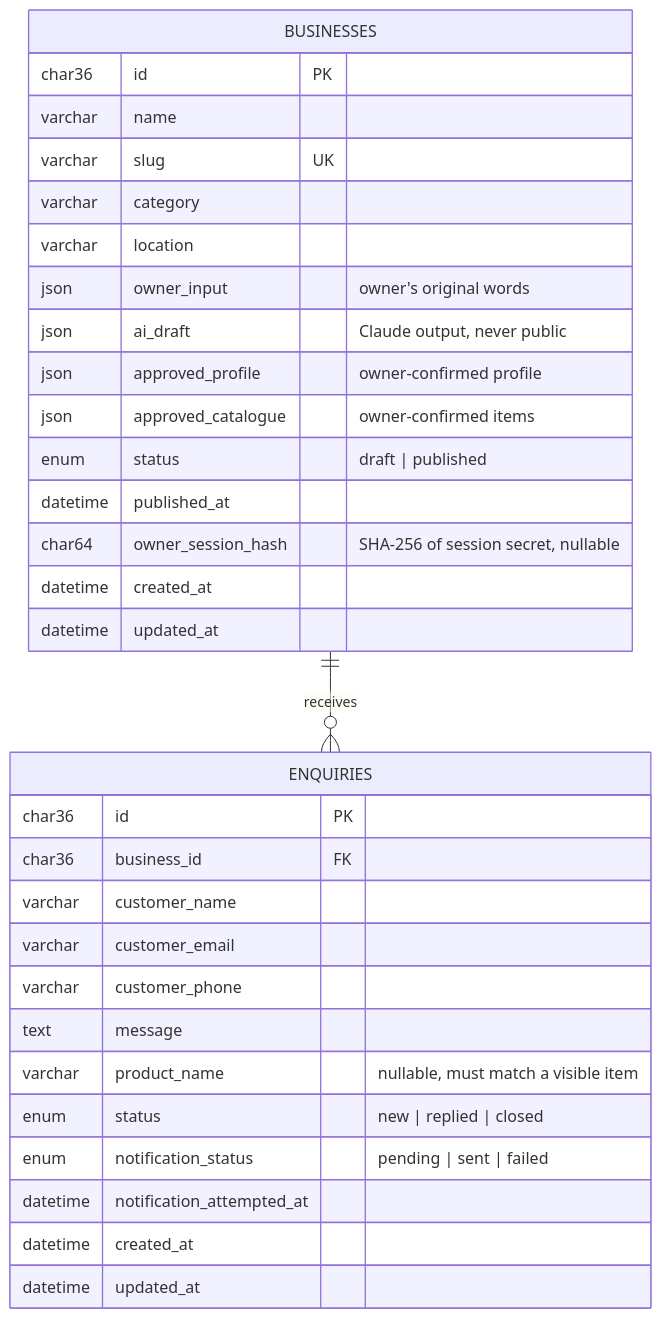
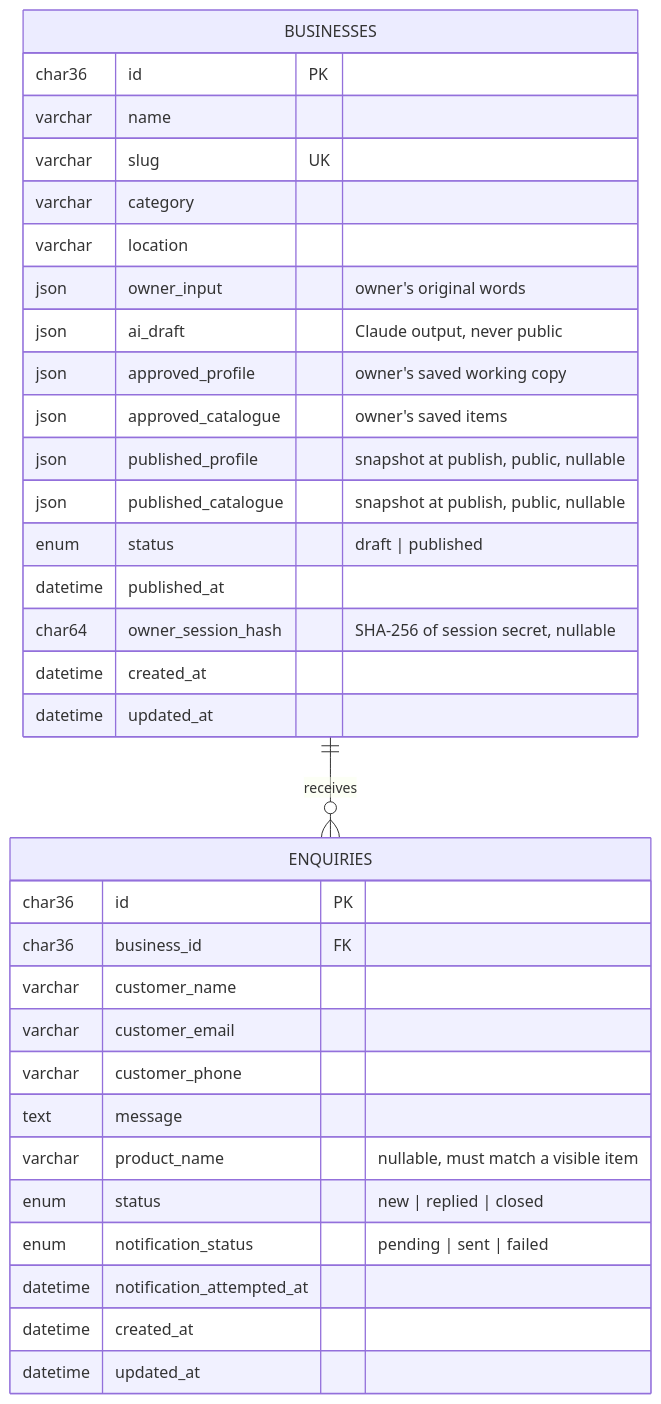
One commit to sakshi13-m/BizDwaar changed the fourth of 5 diagrams in docs/architecture.md. Above: the diagram before and after it, drawn with Mermaid. The commit also changed other lines of this file and 9 other files, not shown here.

````diff
--- a/docs/architecture.md
+++ b/docs/architecture.md
@@ -107,34 +113,36 @@
 ```mermaid
 erDiagram
   BUSINESSES ||--o{ ENQUIRIES : receives
   BUSINESSES {
     char36 id PK
     varchar name
     varchar slug UK
     varchar category
     varchar location
     json owner_input "owner's original words"
     json ai_draft "Claude output, never public"
-    json approved_profile "owner-confirmed profile"
-    json approved_catalogue "owner-confirmed items"
+    json approved_profile "owner's saved working copy"
+    json approved_catalogue "owner's saved items"
+    json published_profile "snapshot at publish, public, nullable"
+    json published_catalogue "snapshot at publish, public, nullable"
     enum status "draft | published"
     datetime published_at
     char64 owner_session_hash "SHA-256 of session secret, nullable"
     datetime created_at
     datetime updated_at
   }
   ENQUIRIES {
     char36 id PK
     char36 business_id FK
     varchar customer_name
     varchar customer_email
     varchar customer_phone
     text message
     varchar product_name "nullable, must match a visible item"
     enum status "new | replied | closed"
     enum notification_status "pending | sent | failed"
     datetime notification_attempted_at
     datetime created_at
     datetime updated_at
   }
 ```
````
